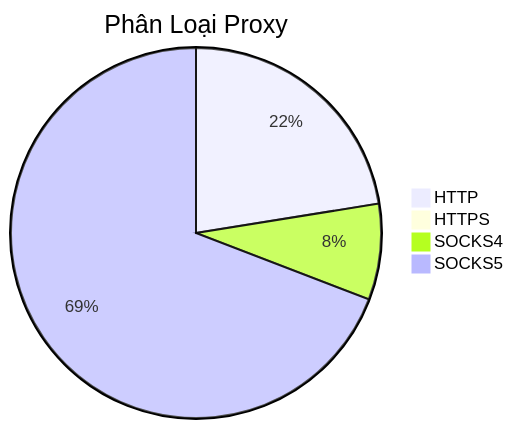
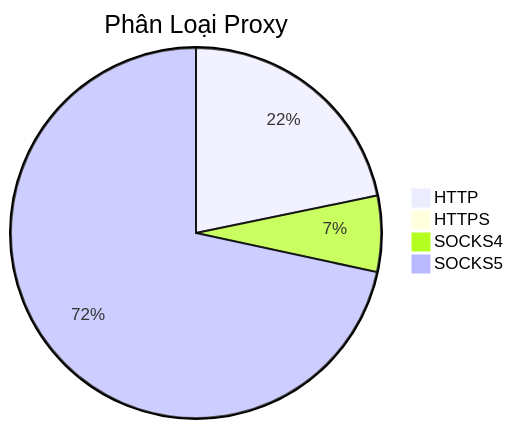
One commit to Ciara-12/PROXY-free changed the diagram in README.md. Above: the diagram before and after it, drawn with Mermaid. The commit also changed other lines of this file and 4 other files, not shown here.

````diff
--- a/README.md
+++ b/README.md
@@ -26,7 +26,7 @@
 ```mermaid
 pie title Phân Loại Proxy
-    "HTTP" : 692
-    "HTTPS" : 1
-    "SOCKS4" : 258
-    "SOCKS5" : 2131
+    "HTTP" : 829
+    "HTTPS" : 0
+    "SOCKS4" : 253
+    "SOCKS5" : 2729
 ```
````
